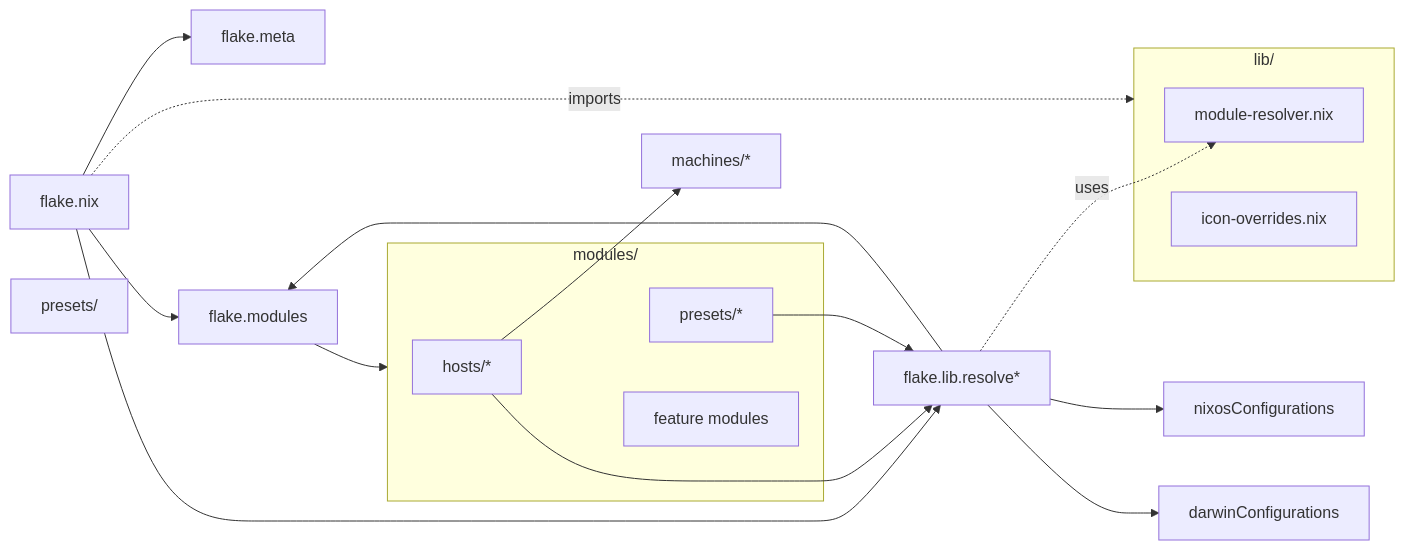
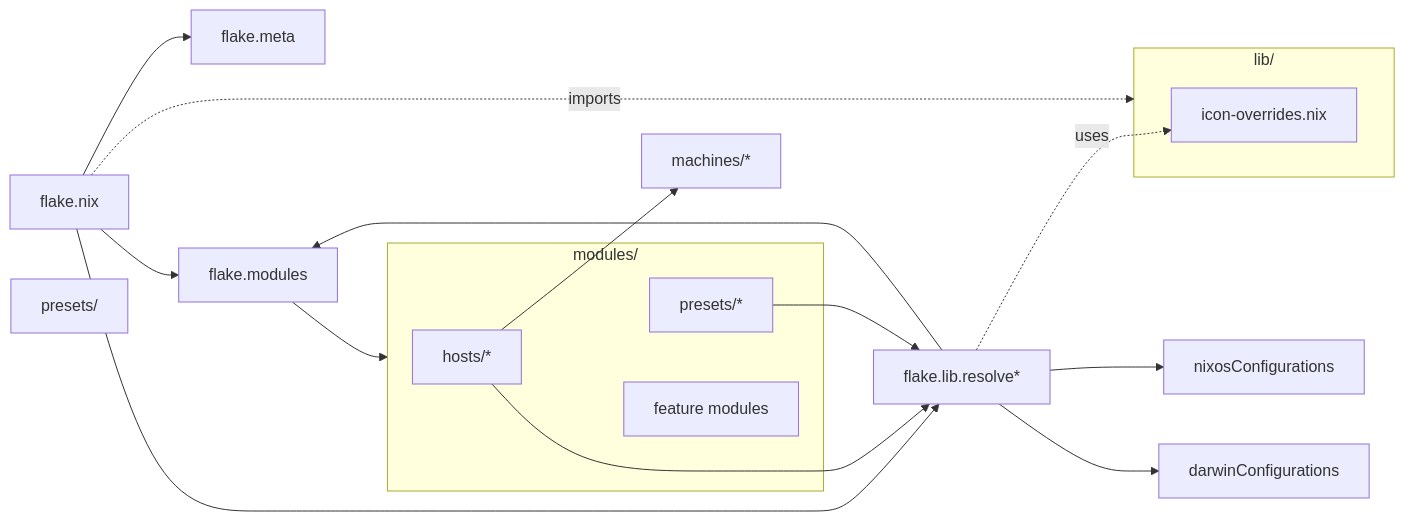
One commit to fbosch/nixos changed the diagram in README.md. Above: the diagram before and after it, drawn with Mermaid. The commit also changed other lines of this file, not shown here.

````diff
--- a/README.md
+++ b/README.md
@@ -52,39 +51,38 @@
 ```mermaid
 flowchart LR
   flake[flake.nix]
   meta[flake.meta]
   modules[flake.modules]
   libResolvers[flake.lib.resolve*]
   presets[presets/]
 
   subgraph pureLib[lib/]
-    moduleResolver[module-resolver.nix]
     iconOverrides[icon-overrides.nix]
   end
 
   subgraph moduleTree[modules/]
     hosts[hosts/*]
     presetsModules[presets/*]
     moduleset[feature modules]
   end
 
   machines[machines/*]
 
   flake --> meta
   flake --> modules
   flake --> libResolvers
   flake -.imports.-> pureLib
 
   modules --> moduleTree
   moduleTree --> presetsModules
   
   hosts --> libResolvers
   hosts --> machines
   presetsModules --> libResolvers
 
-  libResolvers -.uses.-> moduleResolver
+  libResolvers -.uses.-> iconOverrides
   libResolvers --> modules
 
   libResolvers --> nixosConfigs[nixosConfigurations]
   libResolvers --> darwinConfigs[darwinConfigurations]
 ```
````
